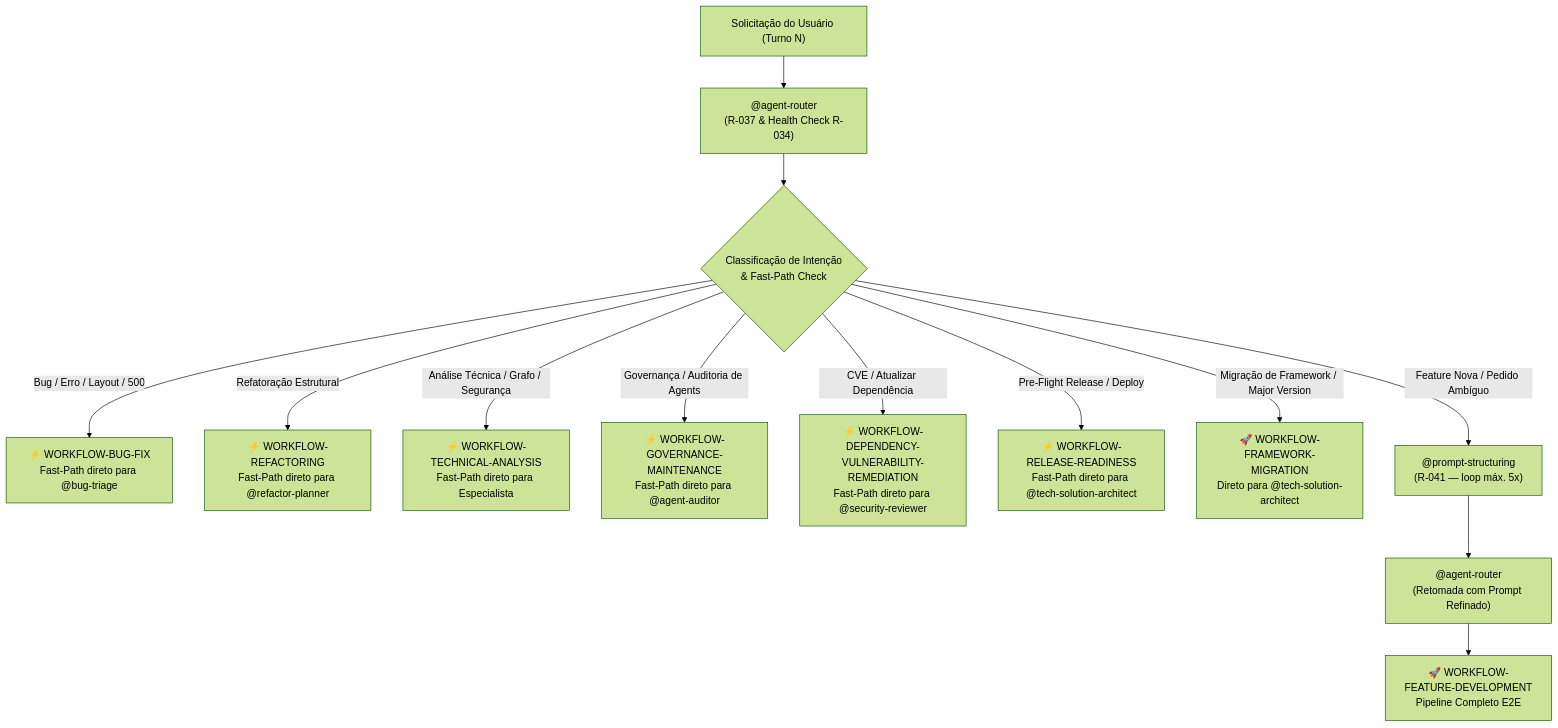
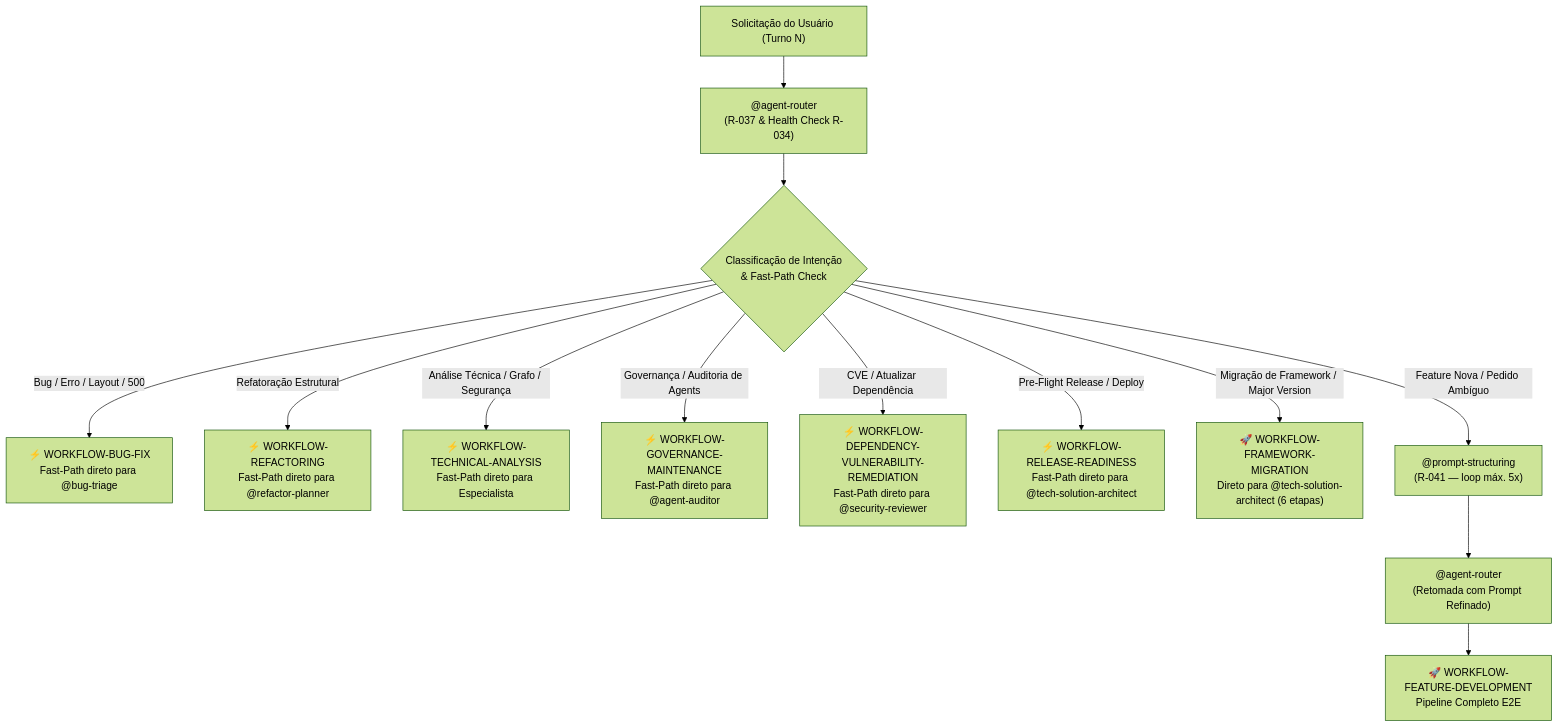
The first of 10 diagrams in .github/agents/workflows.md (jezreel8858/deep-agents-copilot), drawn with Mermaid (forest theme) before and after one commit. The commit also changed other lines of this file and 7 other files, not shown here.

````diff
--- a/.github/agents/workflows.md
+++ b/.github/agents/workflows.md
@@ -45,17 +45,17 @@
 ```mermaid
 flowchart TD
     UserReq["Solicitação do Usuário (Turno N)"] --> Router["@agent-router\n(R-037 & Health Check R-034)"]
     Router --> IntentEval{"Classificação de Intenção\n& Fast-Path Check"}
 
     IntentEval -- "Bug / Erro / Layout / 500" --> WF1["⚡ WORKFLOW-BUG-FIX\nFast-Path direto para @bug-triage"]
     IntentEval -- "Refatoração Estrutural" --> WF2["⚡ WORKFLOW-REFACTORING\nFast-Path direto para @refactor-planner"]
     IntentEval -- "Análise Técnica / Grafo / Segurança" --> WF3["⚡ WORKFLOW-TECHNICAL-ANALYSIS\nFast-Path direto para Especialista"]
     IntentEval -- "Governança / Auditoria de Agents" --> WF5["⚡ WORKFLOW-GOVERNANCE-MAINTENANCE\nFast-Path direto para @agent-auditor"]
     IntentEval -- "CVE / Atualizar Dependência" --> WF6["⚡ WORKFLOW-DEPENDENCY-VULNERABILITY-REMEDIATION\nFast-Path direto para @security-reviewer"]
     IntentEval -- "Pre-Flight Release / Deploy" --> WF8["⚡ WORKFLOW-RELEASE-READINESS\nFast-Path direto para @tech-solution-architect"]
-    IntentEval -- "Migração de Framework / Major Version" --> WF7["🚀 WORKFLOW-FRAMEWORK-MIGRATION\nDireto para @tech-solution-architect"]
+    IntentEval -- "Migração de Framework / Major Version" --> WF7["🚀 WORKFLOW-FRAMEWORK-MIGRATION\nDireto para @tech-solution-architect (6 etapas)"]
     IntentEval -- "Feature Nova / Pedido Ambíguo" --> Structuring["@prompt-structuring\n(R-041 — loop máx. 5x)"]
 
     Structuring --> RouterRet["@agent-router\n(Retomada com Prompt Refinado)"]
     RouterRet --> WF4["🚀 WORKFLOW-FEATURE-DEVELOPMENT\nPipeline Completo E2E"]
 ```
````
